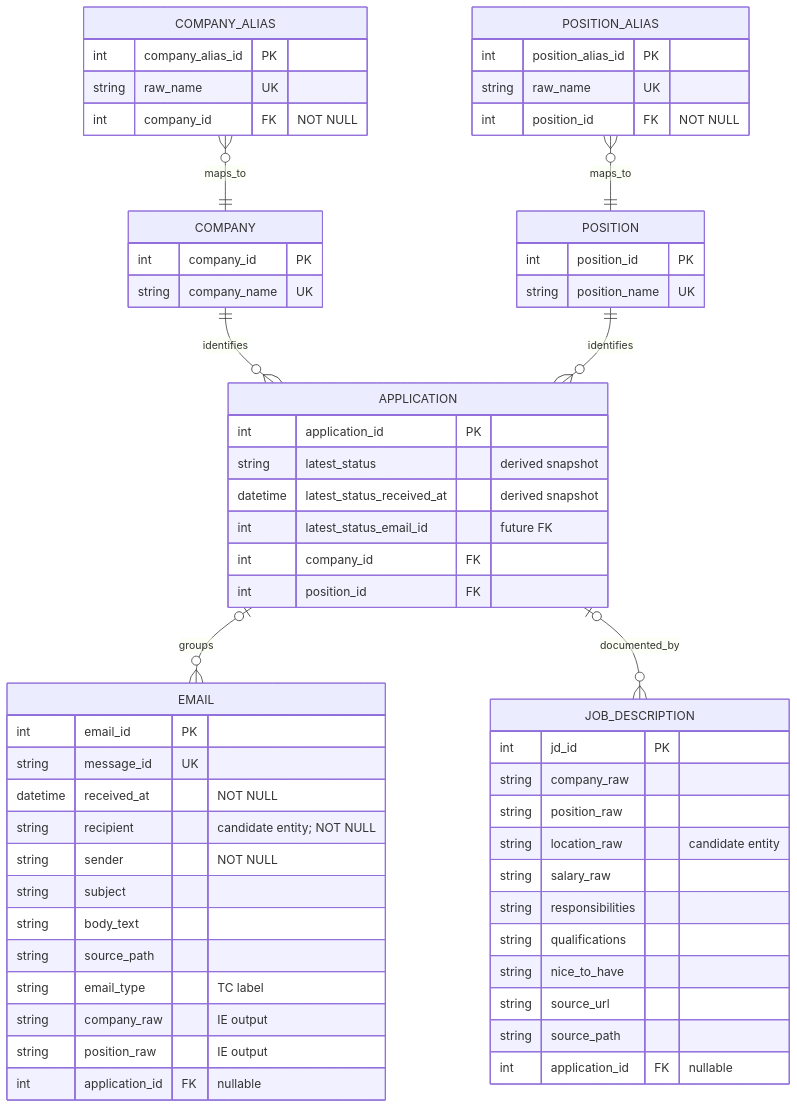
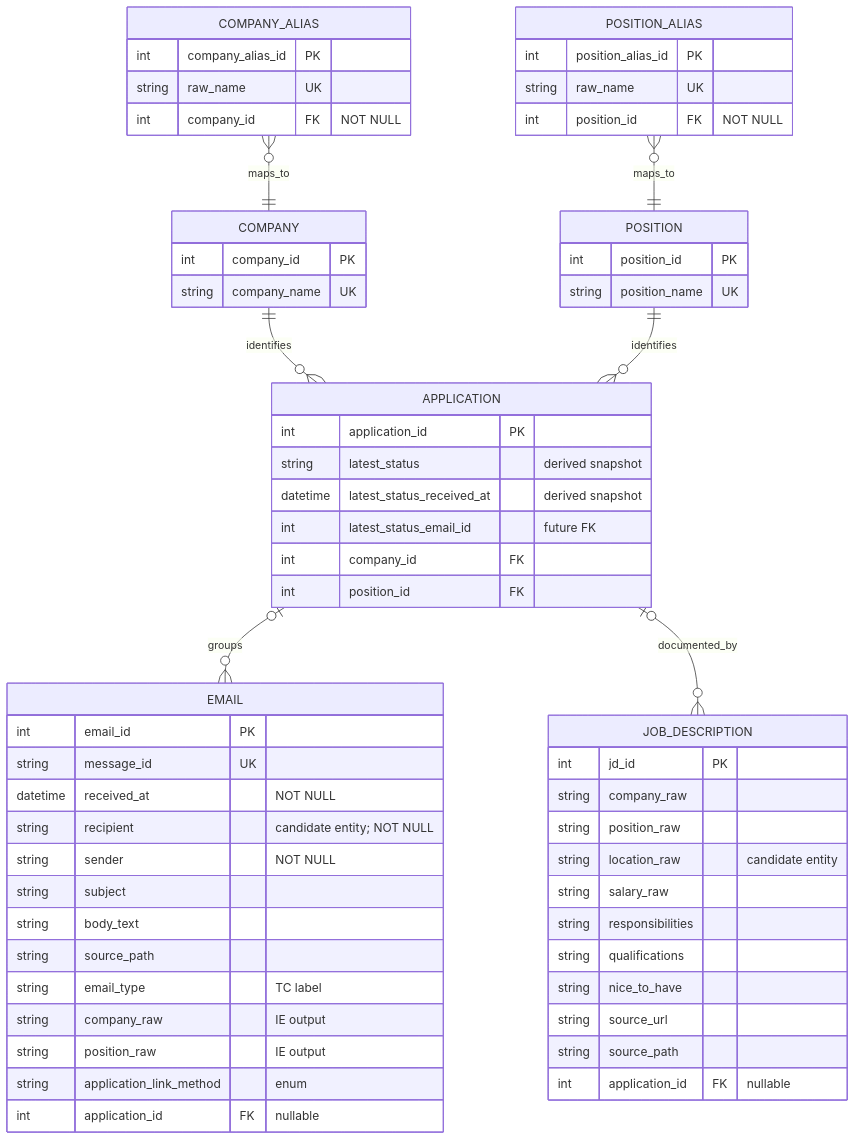
Before and after one commit to Kaichao-Zheng/Heard-Back-Yet: the diagram in docs/logical_schema.md, drawn with Mermaid. The commit also changed 9 other files, not shown here.

````diff
--- a/docs/logical_schema.md
+++ b/docs/logical_schema.md
@@ -1,72 +1,73 @@
 ```mermaid
 erDiagram
     COMPANY_ALIAS {
         int company_alias_id PK
         string raw_name UK
         int company_id FK "NOT NULL"
     }
 
     POSITION_ALIAS {
         int position_alias_id PK
         string raw_name UK
         int position_id FK "NOT NULL"
     }
 
     COMPANY {
         int company_id PK
         string company_name UK
     }
 
     POSITION {
         int position_id PK
         string position_name UK
     }
 
     APPLICATION {
         int application_id PK
         string latest_status "derived snapshot"
         datetime latest_status_received_at "derived snapshot"
         int latest_status_email_id "future FK"
         int company_id FK
         int position_id FK
     }
 
     EMAIL {
         int email_id PK
         string message_id UK
         datetime received_at "NOT NULL"
         string recipient "candidate entity; NOT NULL"
         string sender "NOT NULL"
         string subject
         string body_text
         string source_path
         string email_type "TC label"
         string company_raw "IE output"
         string position_raw "IE output"
+        string application_link_method "enum"
         int application_id FK "nullable"
     }
 
     JOB_DESCRIPTION {
         int jd_id PK
         string company_raw
         string position_raw
         string location_raw "candidate entity"
         string salary_raw
         string responsibilities
         string qualifications
         string nice_to_have
         string source_url
         string source_path
         int application_id FK "nullable"
     }
 
     
     COMPANY_ALIAS }o--|| COMPANY : maps_to
     POSITION_ALIAS }o--|| POSITION : maps_to
     
     COMPANY ||--o{ APPLICATION : identifies
     POSITION ||--o{ APPLICATION : identifies
 
     APPLICATION |o--o{ EMAIL : groups
     APPLICATION |o--o{ JOB_DESCRIPTION : documented_by
 ```
````
